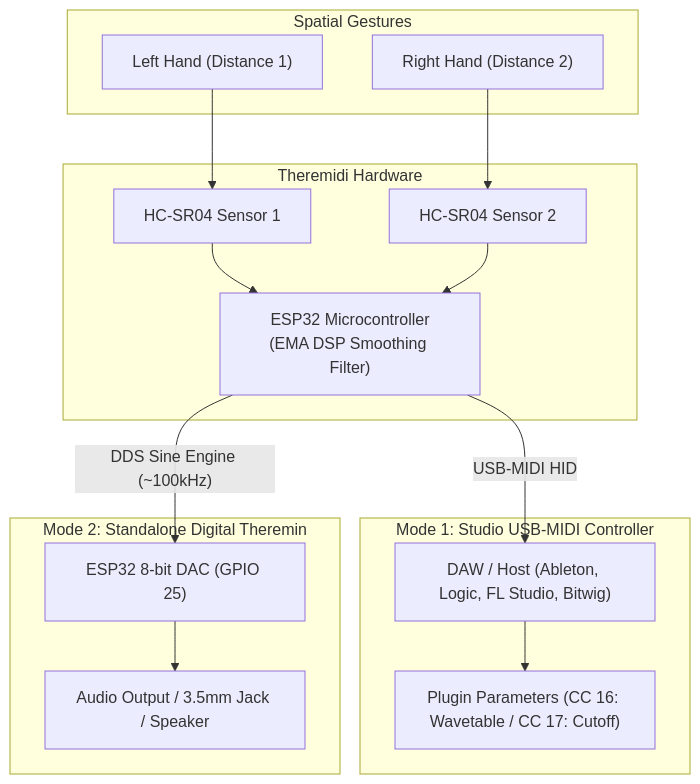
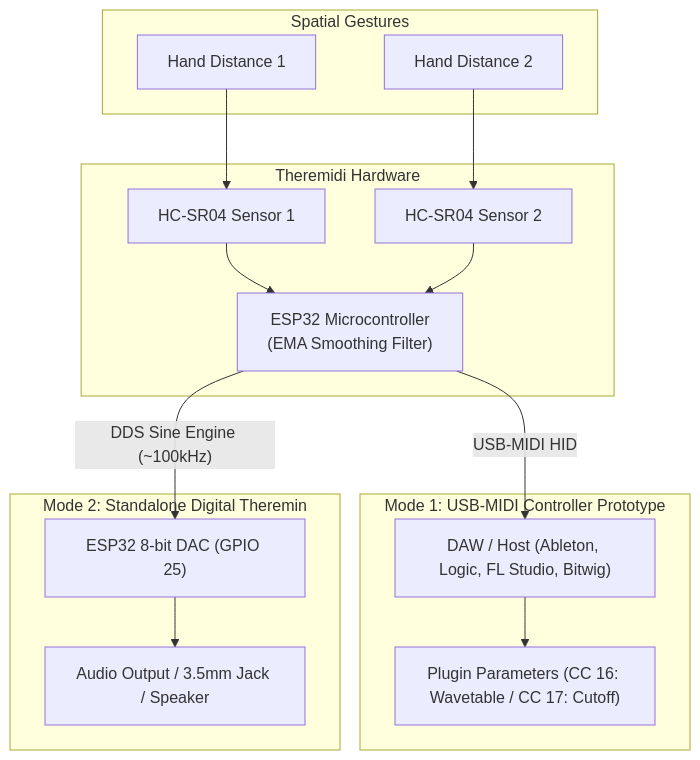
One commit to sanisapatrikar/Theremidi changed the diagram in README.md. Above: the diagram before and after it, drawn with Mermaid. The commit also changed other lines of this file and 1 other file, not shown here.

Commit message:
Refine documentation framing as an open-source DIY prototype

````diff
--- a/README.md
+++ b/README.md
@@ -30,28 +34,28 @@
 ```mermaid
 graph TD
     subgraph "Spatial Gestures"
-        H1["Left Hand (Distance 1)"]
-        H2["Right Hand (Distance 2)"]
+        H1["Hand Distance 1"]
+        H2["Hand Distance 2"]
     end
 
     subgraph "Theremidi Hardware"
         US1["HC-SR04 Sensor 1"]
         US2["HC-SR04 Sensor 2"]
         H1 --> US1
         H2 --> US2
         
-        MCU["ESP32 Microcontroller<br/>(EMA DSP Smoothing Filter)"]
+        MCU["ESP32 Microcontroller<br/>(EMA Smoothing Filter)"]
         US1 --> MCU
         US2 --> MCU
     end
 
-    subgraph "Mode 1: Studio USB-MIDI Controller"
+    subgraph "Mode 1: USB-MIDI Controller Prototype"
         MCU -- "USB-MIDI HID" --> DAW["DAW / Host (Ableton, Logic, FL Studio, Bitwig)"]
         DAW --> VST["Plugin Parameters (CC 16: Wavetable / CC 17: Cutoff)"]
     end
 
     subgraph "Mode 2: Standalone Digital Theremin"
         MCU -- "DDS Sine Engine (~100kHz)" --> DAC["ESP32 8-bit DAC (GPIO 25)"]
         DAC --> AMP["Audio Output / 3.5mm Jack / Speaker"]
     end
 ```
````
